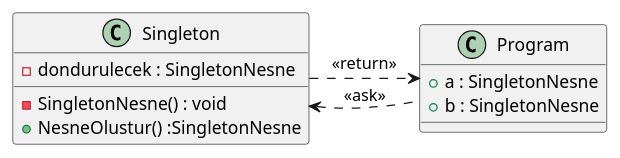
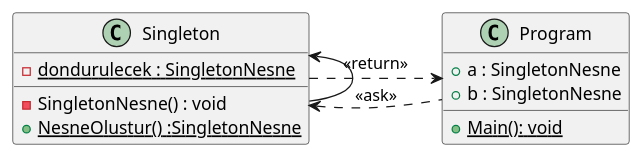
Before and after one commit to alperclk/Software-Design-Pattern: the diagram in SingletonVeFactory/Singleton_Pattern/Singleton.adoc, drawn with PlantUML. The commit also changed 2 other files, not shown here.

```diff
--- a/SingletonVeFactory/Singleton_Pattern/Singleton.adoc
+++ b/SingletonVeFactory/Singleton_Pattern/Singleton.adoc
@@ -3,19 +3,20 @@
 [plantuml,Singleton,png]
 ----
 class Singleton
 {
--dondurulecek : SingletonNesne 
+-{static} dondurulecek : SingletonNesne 
 -SingletonNesne() : void
-+NesneOlustur() :SingletonNesne 
++{static}NesneOlustur() :SingletonNesne 
 }
 
 class Program
 {
 +a : SingletonNesne 
 +b : SingletonNesne 
-
++{static} Main(): void
 }
 
+Singleton -left-> Singleton
 Program .up> Singleton :<<ask>>
 Singleton .down> Program :<<return>>
 ----
```
